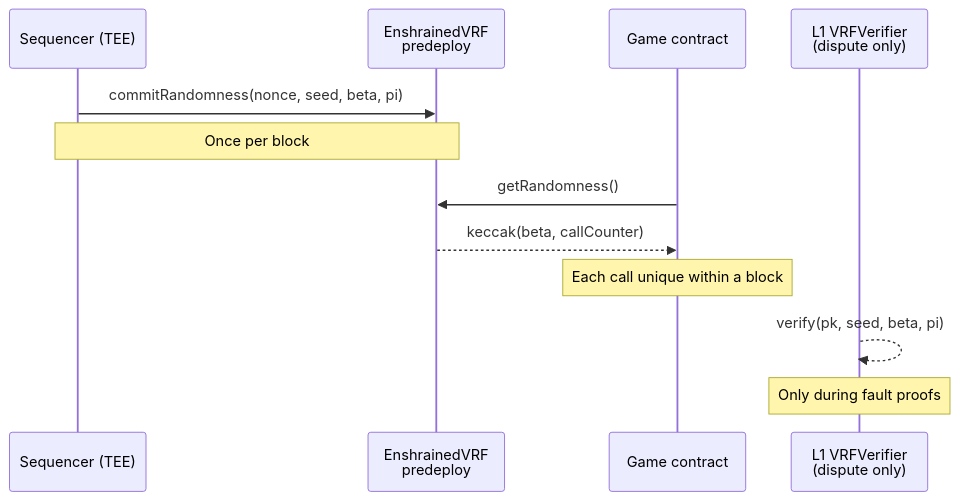
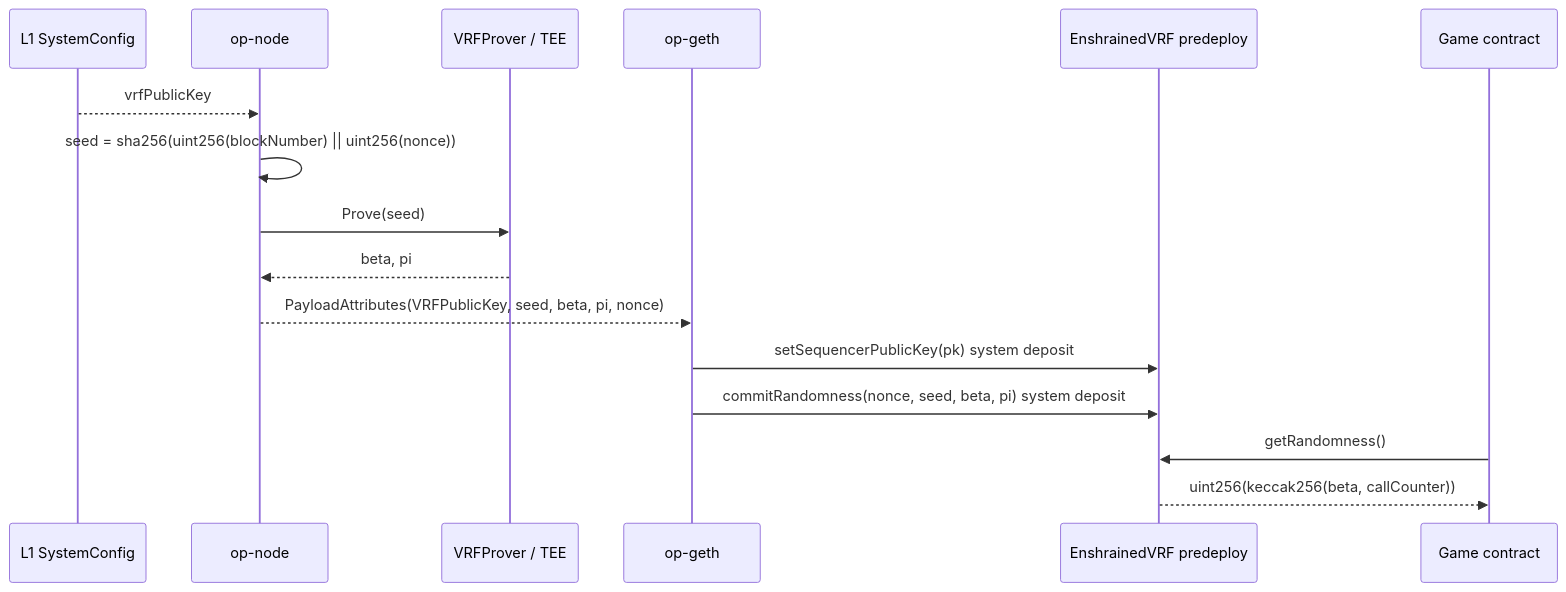
Before and after one commit to tokamak-network/enshrined-vrf: the diagram in docs-site/concepts/enshrined-vrf.mdx, drawn with Mermaid. The commit also changed other lines of this file and 9 other files, not shown here.

First line of the commit message:
docs(mintify): align VRF docs with op-node prover implementation

````diff
--- a/docs-site/concepts/enshrined-vrf.mdx
+++ b/docs-site/concepts/enshrined-vrf.mdx
@@ -31,15 +36,19 @@
 ```mermaid
 sequenceDiagram
-    participant Seq as Sequencer (TEE)
-    participant VRF as EnshrainedVRF<br/>predeploy
+    participant L1 as L1 SystemConfig
+    participant Node as op-node
+    participant Prover as VRFProver / TEE
+    participant Geth as op-geth
+    participant VRF as EnshrainedVRF predeploy
     participant Game as Game contract
-    participant L1 as L1 VRFVerifier<br/>(dispute only)
 
-    Seq->>VRF: commitRandomness(nonce, seed, beta, pi)
-    Note over Seq,VRF: Once per block
+    L1-->>Node: vrfPublicKey
+    Node->>Node: seed = sha256(uint256(blockNumber) || uint256(nonce))
+    Node->>Prover: Prove(seed)
+    Prover-->>Node: beta, pi
+    Node-->>Geth: PayloadAttributes(VRFPublicKey, seed, beta, pi, nonce)
+    Geth->>VRF: setSequencerPublicKey(pk) system deposit
+    Geth->>VRF: commitRandomness(nonce, seed, beta, pi) system deposit
     Game->>VRF: getRandomness()
-    VRF-->>Game: keccak(beta, callCounter)
-    Note over Game: Each call unique within a block
-    L1-->>L1: verify(pk, seed, beta, pi)
-    Note over L1: Only during fault proofs
+    VRF-->>Game: uint256(keccak256(beta, callCounter))
 ```
````
